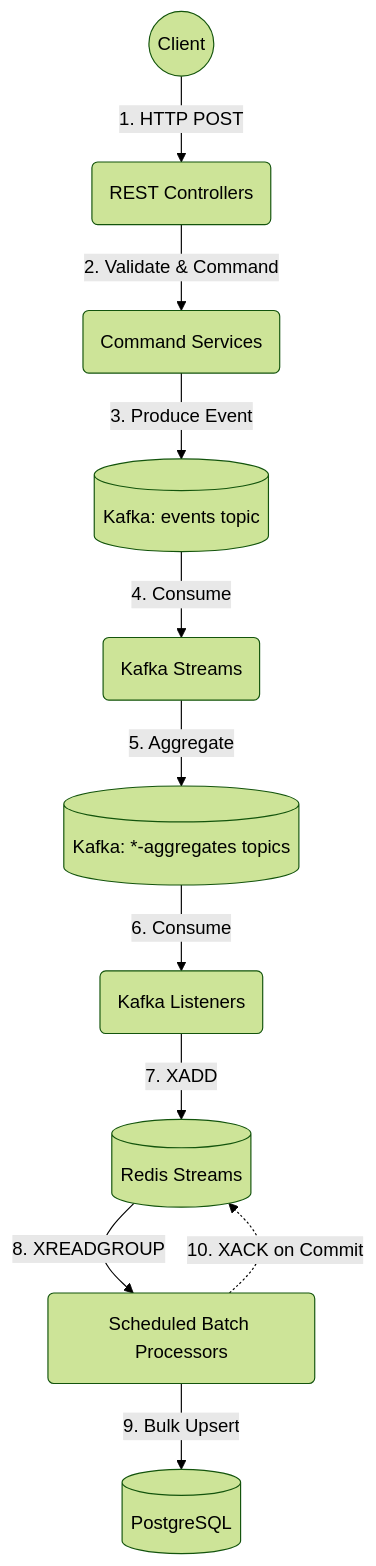
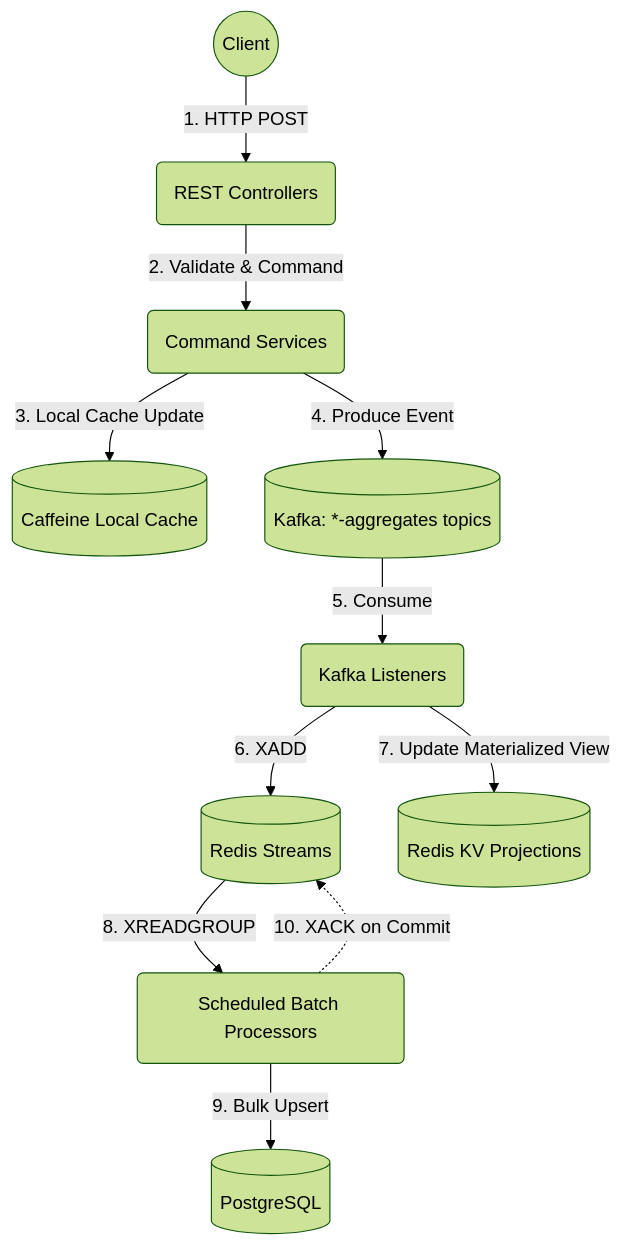
Before and after one commit to rajadilipkolli/my-spring-boot-experiments: the diagram in boot-high-rps-sample/ARCHITECTURE.md, drawn with Mermaid (forest theme). The commit also changed other lines of this file and 25 other files, not shown here.

````diff
--- a/boot-high-rps-sample/ARCHITECTURE.md
+++ b/boot-high-rps-sample/ARCHITECTURE.md
@@ -14,16 +15,16 @@
 ```mermaid
 flowchart TD
     Client((Client)) -->|1. HTTP POST| REST(REST Controllers)
     REST -->|2. Validate & Command| Service(Command Services)
-    Service -->|3. Produce Event| KafkaRaw[(Kafka: events topic)]
     
-    KafkaRaw -->|4. Consume| KStreams(Kafka Streams)
-    KStreams -->|5. Aggregate| KafkaAgg[(Kafka: *-aggregates topics)]
+    Service -->|3. Local Cache Update| Cache[(Caffeine Local Cache)]
+    Service -->|4. Produce Event| KafkaAgg[(Kafka: *-aggregates topics)]
     
-    KafkaAgg -->|6. Consume| Listener(Kafka Listeners)
-    Listener -->|7. XADD| RedisStreams[(Redis Streams)]
+    KafkaAgg -->|5. Consume| Listener(Kafka Listeners)
+    Listener -->|6. XADD| RedisStreams[(Redis Streams)]
+    Listener -->|7. Update Materialized View| RedisCache[(Redis KV Projections)]
     
     RedisStreams -->|8. XREADGROUP| Batch(Scheduled Batch Processors)
     Batch -->|9. Bulk Upsert| Postgres[(PostgreSQL)]
     Batch -.->|10. XACK on Commit| RedisStreams
 ```
````
